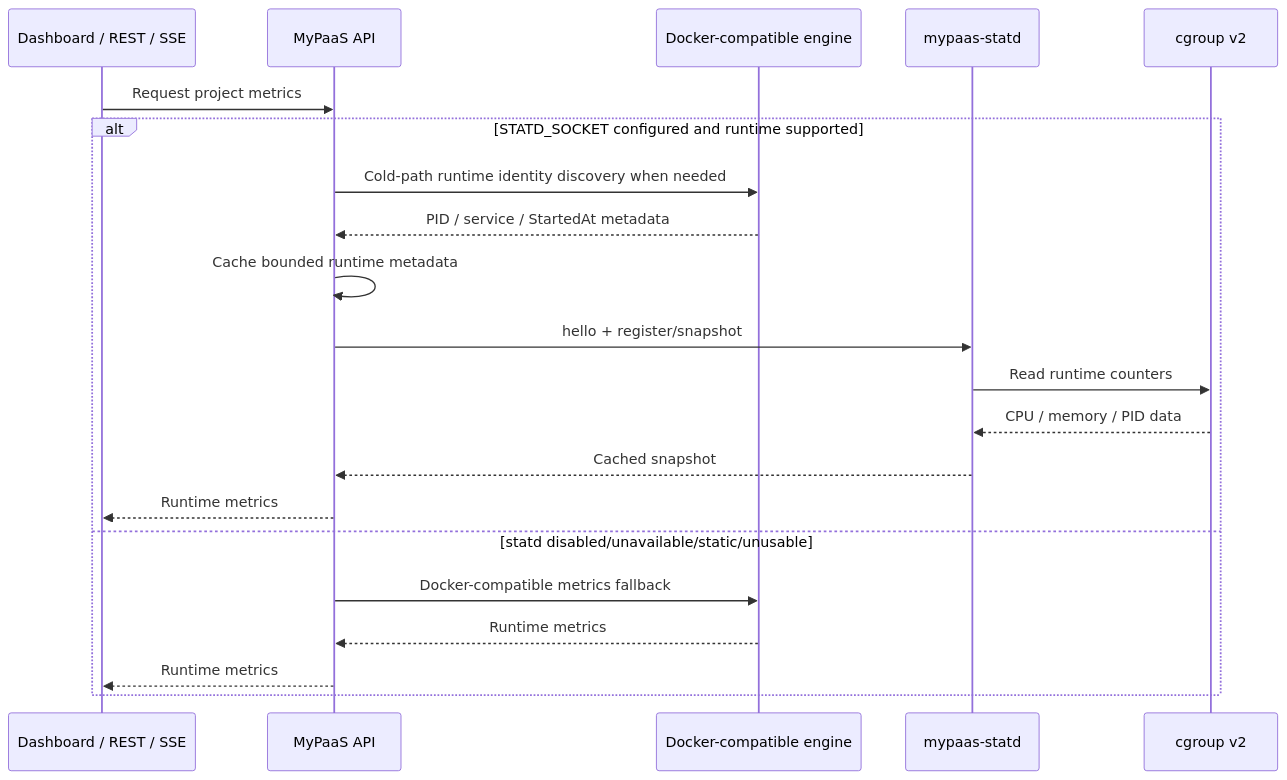
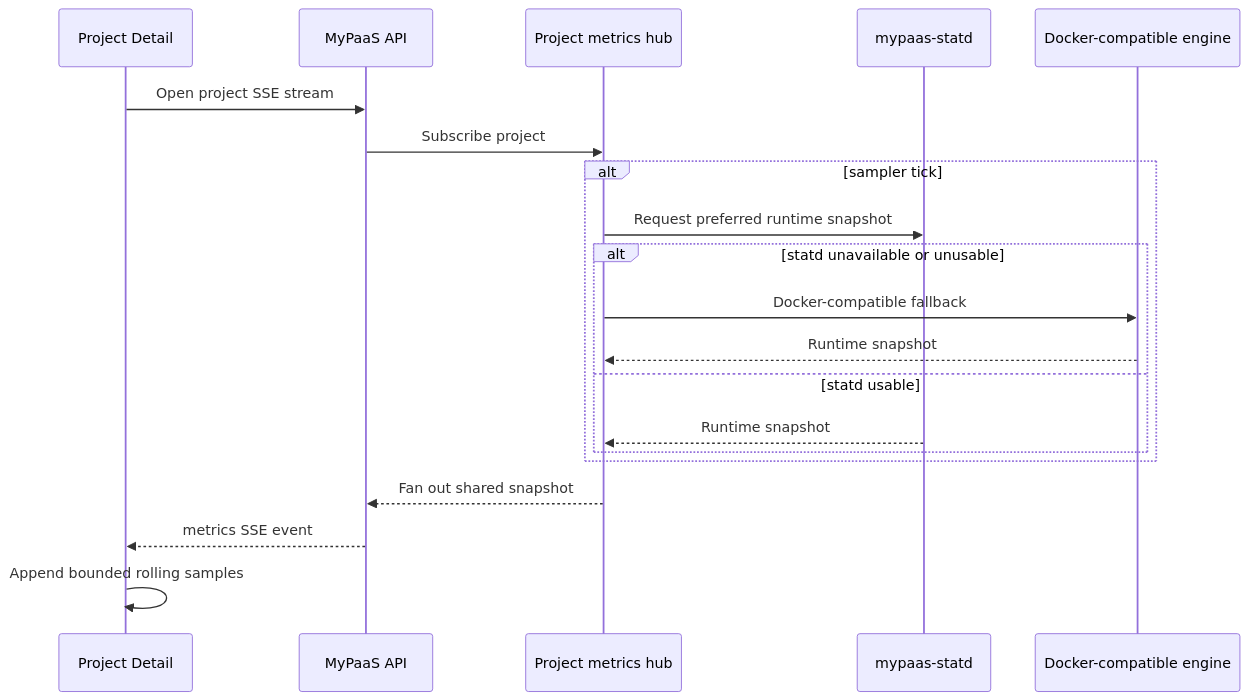
The second of 6 diagrams in docs/architecture/observability.md (howlil/MyPaas), drawn with Mermaid before and after one commit. The commit also changed other lines of this file and 17 other files, not shown here.

First line of the commit message:
docs: refresh diagrams and telemetry presentation (#93)

````diff
--- a/docs/architecture/observability.md
+++ b/docs/architecture/observability.md
@@ -27,24 +39,23 @@
 ```mermaid
 sequenceDiagram
-    participant Client as Dashboard / REST / SSE
+    participant UI as Project Detail
     participant API as MyPaaS API
+    participant Hub as Project metrics hub
+    participant Statd as mypaas-statd
     participant Engine as Docker-compatible engine
-    participant Statd as mypaas-statd
-    participant Cgroup as cgroup v2
 
-    Client->>API: Request project metrics
-    alt STATD_SOCKET configured and runtime supported
-        API->>Engine: Cold-path runtime identity discovery when needed
-        Engine-->>API: PID / service / StartedAt metadata
-        API->>API: Cache bounded runtime metadata
-        API->>Statd: hello + register/snapshot
-        Statd->>Cgroup: Read runtime counters
-        Cgroup-->>Statd: CPU / memory / PID data
-        Statd-->>API: Cached snapshot
-        API-->>Client: Runtime metrics
-    else statd disabled/unavailable/static/unusable
-        API->>Engine: Docker-compatible metrics fallback
-        Engine-->>API: Runtime metrics
-        API-->>Client: Runtime metrics
+    UI->>API: Open project SSE stream
+    API->>Hub: Subscribe project
+    alt sampler tick
+        Hub->>Statd: Request preferred runtime snapshot
+        alt statd unavailable or unusable
+            Hub->>Engine: Docker-compatible fallback
+            Engine-->>Hub: Runtime snapshot
+        else statd usable
+            Statd-->>Hub: Runtime snapshot
+        end
     end
+    Hub-->>API: Fan out shared snapshot
+    API-->>UI: metrics SSE event
+    UI->>UI: Append bounded rolling samples
 ```
````
